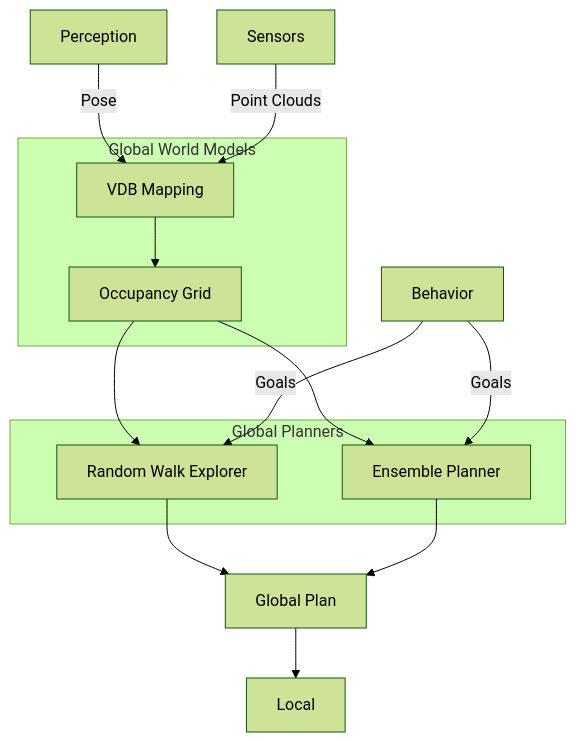
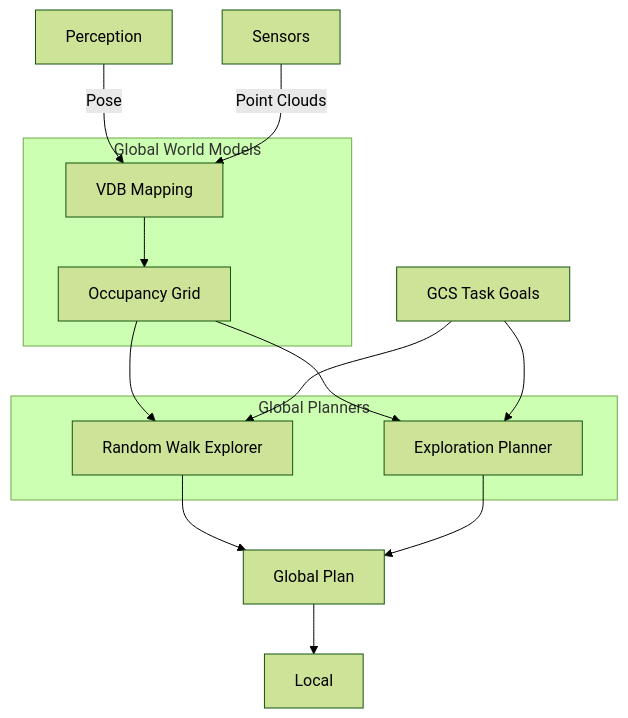
Before and after one commit to castacks/AirStack: the ninth of 14 diagrams in docs/robot/autonomy/system_architecture.md, drawn with Mermaid (forest theme). The commit also changed other lines of this file and 104 other files, not shown here.

````diff
--- a/docs/robot/autonomy/system_architecture.md
+++ b/docs/robot/autonomy/system_architecture.md
@@ -331,25 +333,25 @@
 ```mermaid
 graph TB
     subgraph "Global World Models"
         VDBMap[VDB Mapping]
         Occupancy[Occupancy Grid]
     end
     
     subgraph "Global Planners"
         RandomWalk[Random Walk Explorer]
-        Ensemble[Ensemble Planner]
+        Exploration[Exploration Planner]
     end
     
     Perception -->|Pose| VDBMap
     Sensors -->|Point Clouds| VDBMap
     VDBMap --> Occupancy
     
     Occupancy --> RandomWalk
-    Occupancy --> Ensemble
-    Behavior -->|Goals| RandomWalk
-    Behavior -->|Goals| Ensemble
+    Occupancy --> Exploration
+    GCS[GCS Task Goals] --> RandomWalk
+    GCS --> Exploration
     
     RandomWalk --> GlobalPlan[Global Plan]
-    Ensemble --> GlobalPlan
+    Exploration --> GlobalPlan
     GlobalPlan --> Local
 ```
````
